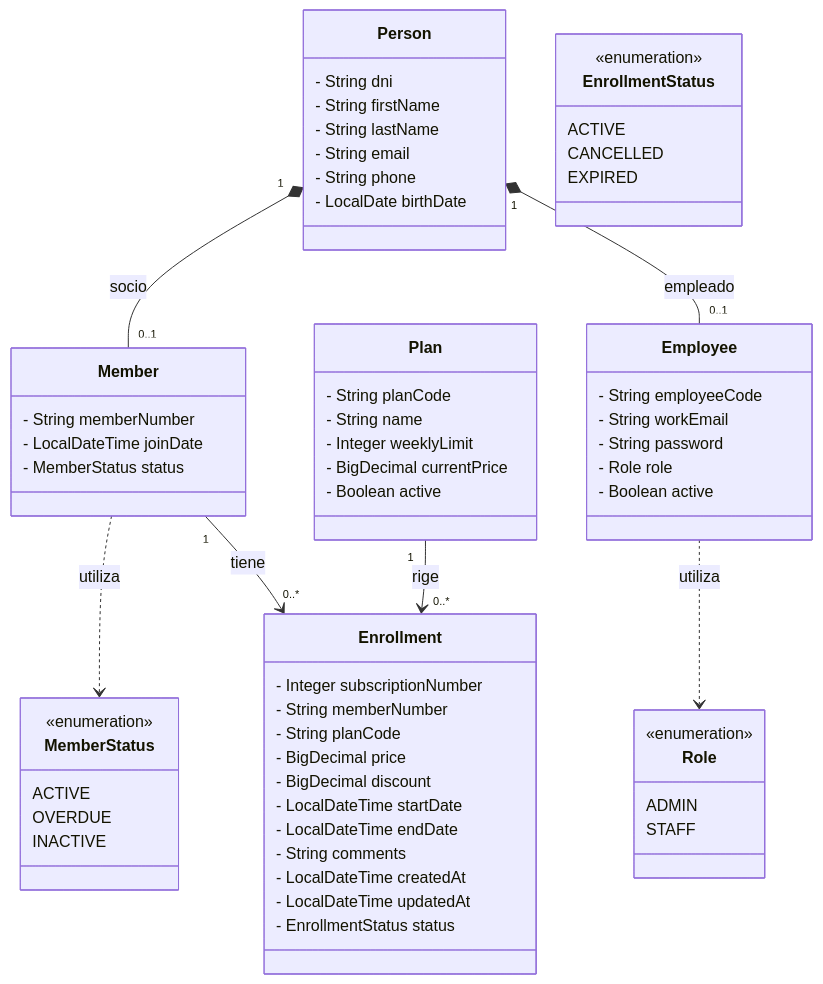
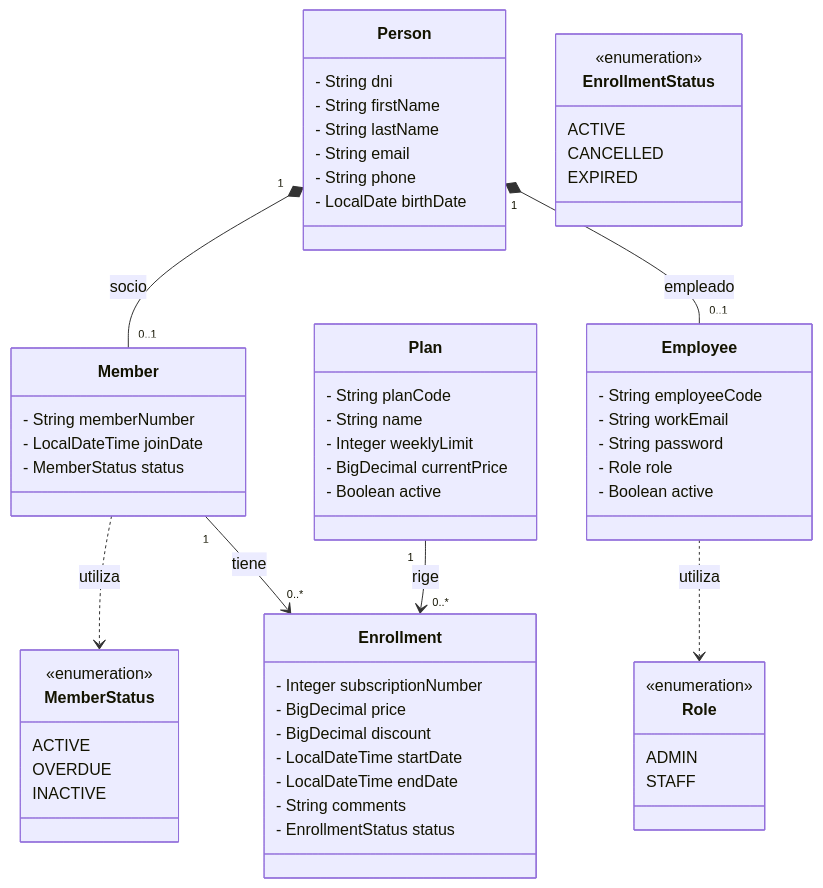
One commit to santiagovOK/TFI_grupo144 changed the first of 2 diagrams in docs/entidades.md. Above: the diagram before and after it, drawn with Mermaid. The commit also changed other lines of this file, not shown here.

Commit message:
docs(entidades): sacar claves foráneas y fechas técnicas del diagrama de clases

````diff
--- a/docs/entidades.md
+++ b/docs/entidades.md
@@ -13,76 +13,72 @@
 ```mermaid
 classDiagram
     direction TB
 
     class Person {
         - String dni
         - String firstName
         - String lastName
         - String email
         - String phone
         - LocalDate birthDate
     }
 
     class Member {
         - String memberNumber
         - LocalDateTime joinDate
         - MemberStatus status
     }
 
     class Employee {
         - String employeeCode
         - String workEmail
         - String password
         - Role role
         - Boolean active
     }
 
     class Plan {
         - String planCode
         - String name
         - Integer weeklyLimit
         - BigDecimal currentPrice
         - Boolean active
     }
 
     class Enrollment {
         - Integer subscriptionNumber
-        - String memberNumber
-        - String planCode
         - BigDecimal price
         - BigDecimal discount
         - LocalDateTime startDate
         - LocalDateTime endDate
         - String comments
-        - LocalDateTime createdAt
-        - LocalDateTime updatedAt
         - EnrollmentStatus status
     }
 
     class EnrollmentStatus {
         <<enumeration>>
         ACTIVE
         CANCELLED
         EXPIRED
     }
     class Role {
         <<enumeration>>
         ADMIN
         STAFF
     }
 
     class MemberStatus {
         <<enumeration>>
         ACTIVE
         OVERDUE
         INACTIVE
     }
 
 
     Person "1" *-- "0..1" Member : socio
     Person "1" *-- "0..1" Employee : empleado
     Employee ..> Role : utiliza
     Member ..> MemberStatus : utiliza
     Member "1" --> "0..*" Enrollment : tiene
     Plan "1" --> "0..*" Enrollment : rige
 ```
````
